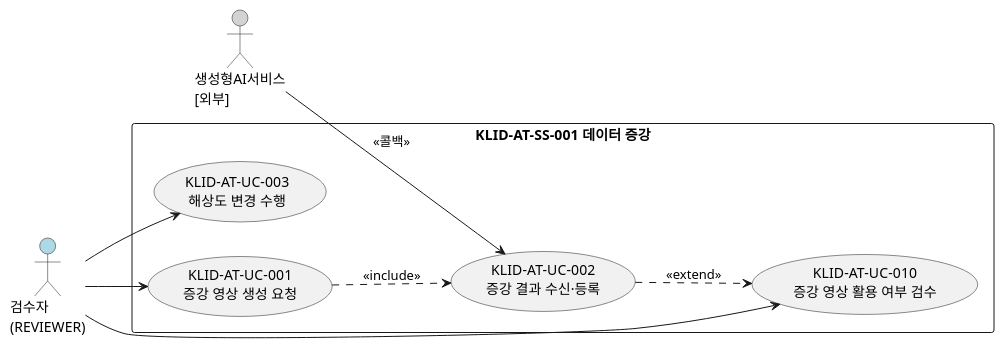
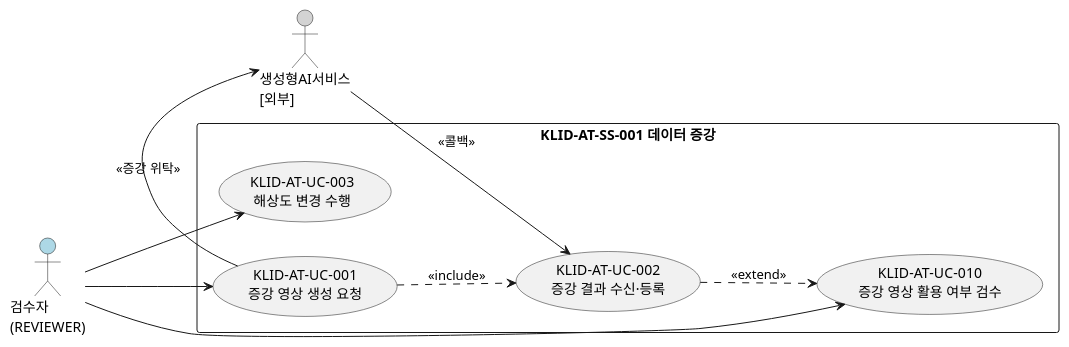
One commit to New-stella/klid-label changed the first of 4 diagrams in docs/design/R2-유스케이스명세서.md. Above: the diagram before and after it, drawn with PlantUML. The commit also changed other lines of this file and 32 other files, not shown here.

````diff
--- a/docs/design/R2-유스케이스명세서.md
+++ b/docs/design/R2-유스케이스명세서.md
@@ -53,23 +54,24 @@
 ```plantuml
 @startuml KLID-AT-UCD-001
 left to right direction
 skinparam packageStyle rectangle
 
 actor "검수자\n(REVIEWER)" as REVIEWER #LightBlue
 actor "생성형AI서비스\n[외부]" as AI #LightGray
 
 rectangle "KLID-AT-SS-001 데이터 증강" {
   usecase "KLID-AT-UC-001\n증강 영상 생성 요청" as UC001
   usecase "KLID-AT-UC-002\n증강 결과 수신·등록" as UC002
   usecase "KLID-AT-UC-003\n해상도 변경 수행" as UC003
   usecase "KLID-AT-UC-010\n증강 영상 활용 여부 검수" as UC010
 }
 
 REVIEWER --> UC001
 REVIEWER --> UC003
 REVIEWER --> UC010
+UC001 --> AI : <<증강 위탁>>
 AI --> UC002 : <<콜백>>
 UC001 ..> UC002 : <<include>>
 UC002 ..> UC010 : <<extend>>
 @enduml
 ```
````
